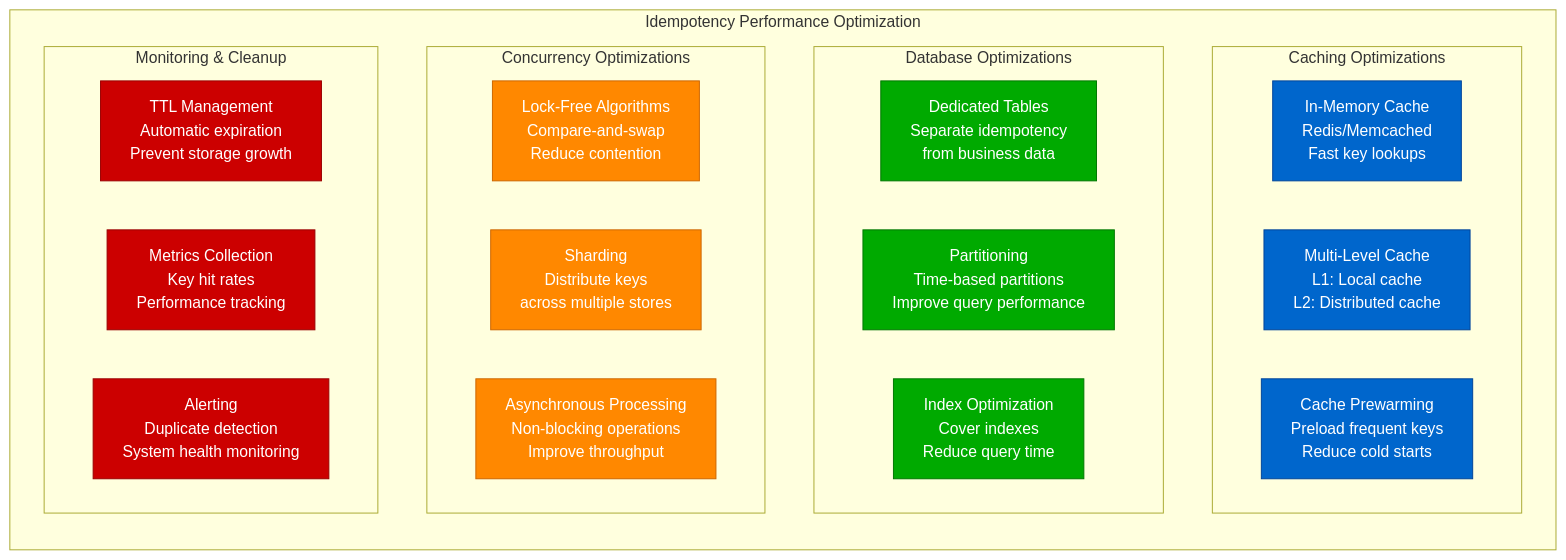
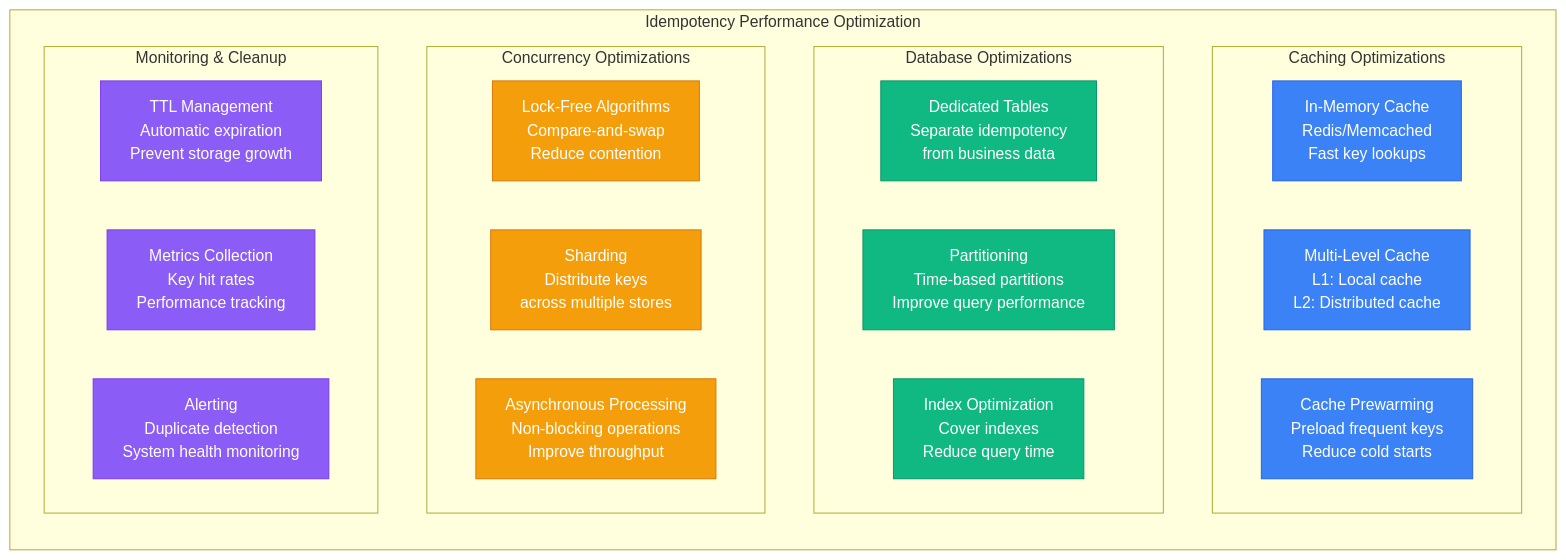
One commit to deepaucksharma/DS changed the eighth of 8 diagrams in site/docs/guarantees/exactly-once/exactly-once-implementation.md. Above: the diagram before and after it, drawn with Mermaid. The commit also changed other lines of this file and 303 other files, not shown here.

````diff
--- a/site/docs/guarantees/exactly-once/exactly-once-implementation.md
+++ b/site/docs/guarantees/exactly-once/exactly-once-implementation.md
@@ -593,38 +593,38 @@
 ```mermaid
 graph LR
     subgraph OptimizationStrategies[Idempotency Performance Optimization]
         subgraph CachingOptimizations[Caching Optimizations]
             CO1[In-Memory Cache<br/>Redis/Memcached<br/>Fast key lookups]
             CO2[Multi-Level Cache<br/>L1: Local cache<br/>L2: Distributed cache]
             CO3[Cache Prewarming<br/>Preload frequent keys<br/>Reduce cold starts]
         end
 
         subgraph DatabaseOptimizations[Database Optimizations]
             DO1[Dedicated Tables<br/>Separate idempotency<br/>from business data]
             DO2[Partitioning<br/>Time-based partitions<br/>Improve query performance]
             DO3[Index Optimization<br/>Cover indexes<br/>Reduce query time]
         end
 
         subgraph ConcurrencyOptimizations[Concurrency Optimizations]
             ConO1[Lock-Free Algorithms<br/>Compare-and-swap<br/>Reduce contention]
             ConO2[Sharding<br/>Distribute keys<br/>across multiple stores]
             ConO3[Asynchronous Processing<br/>Non-blocking operations<br/>Improve throughput]
         end
 
         subgraph MonitoringOptimizations[Monitoring & Cleanup]
             MO1[TTL Management<br/>Automatic expiration<br/>Prevent storage growth]
             MO2[Metrics Collection<br/>Key hit rates<br/>Performance tracking]
             MO3[Alerting<br/>Duplicate detection<br/>System health monitoring]
         end
     end
 
-    classDef cachingStyle fill:#0066CC,stroke:#004499,color:#fff
-    classDef databaseStyle fill:#00AA00,stroke:#007700,color:#fff
-    classDef concurrencyStyle fill:#FF8800,stroke:#CC6600,color:#fff
-    classDef monitoringStyle fill:#CC0000,stroke:#990000,color:#fff
+    classDef cachingStyle fill:#3B82F6,stroke:#2563EB,color:#fff
+    classDef databaseStyle fill:#10B981,stroke:#059669,color:#fff
+    classDef concurrencyStyle fill:#F59E0B,stroke:#D97706,color:#fff
+    classDef monitoringStyle fill:#8B5CF6,stroke:#7C3AED,color:#fff
 
     class CO1,CO2,CO3 cachingStyle
     class DO1,DO2,DO3 databaseStyle
     class ConO1,ConO2,ConO3 concurrencyStyle
     class MO1,MO2,MO3 monitoringStyle
 ```
````
